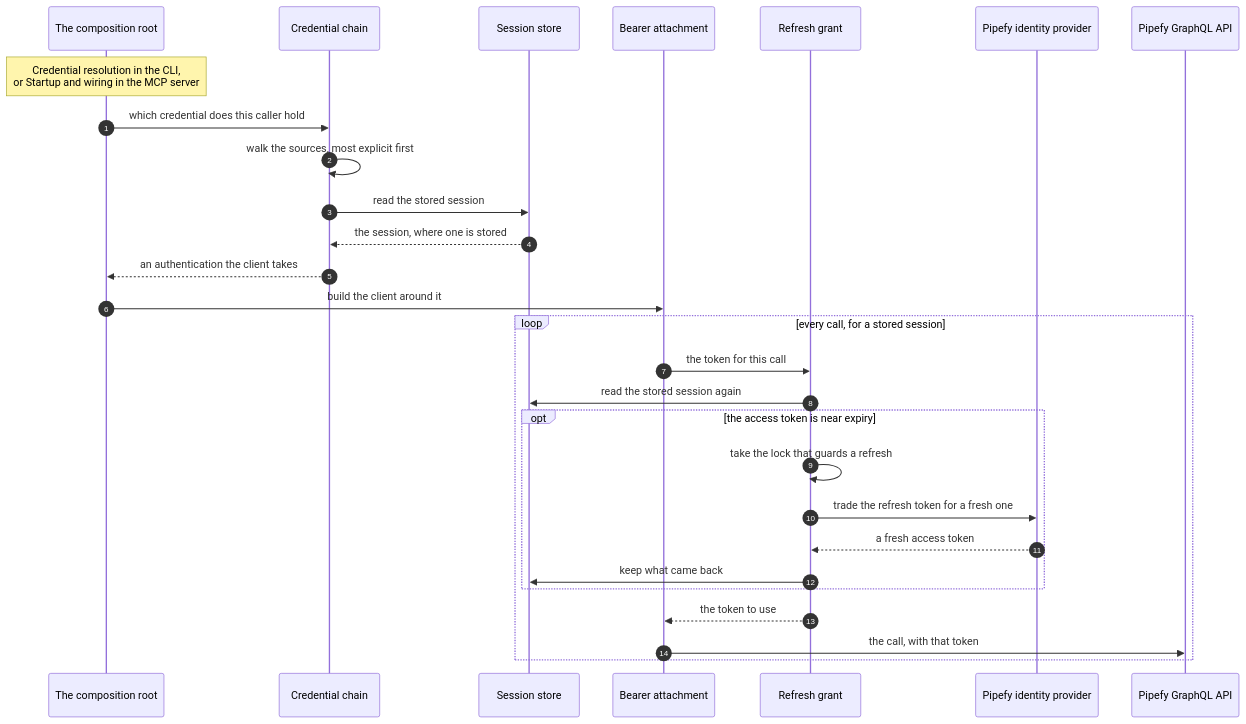
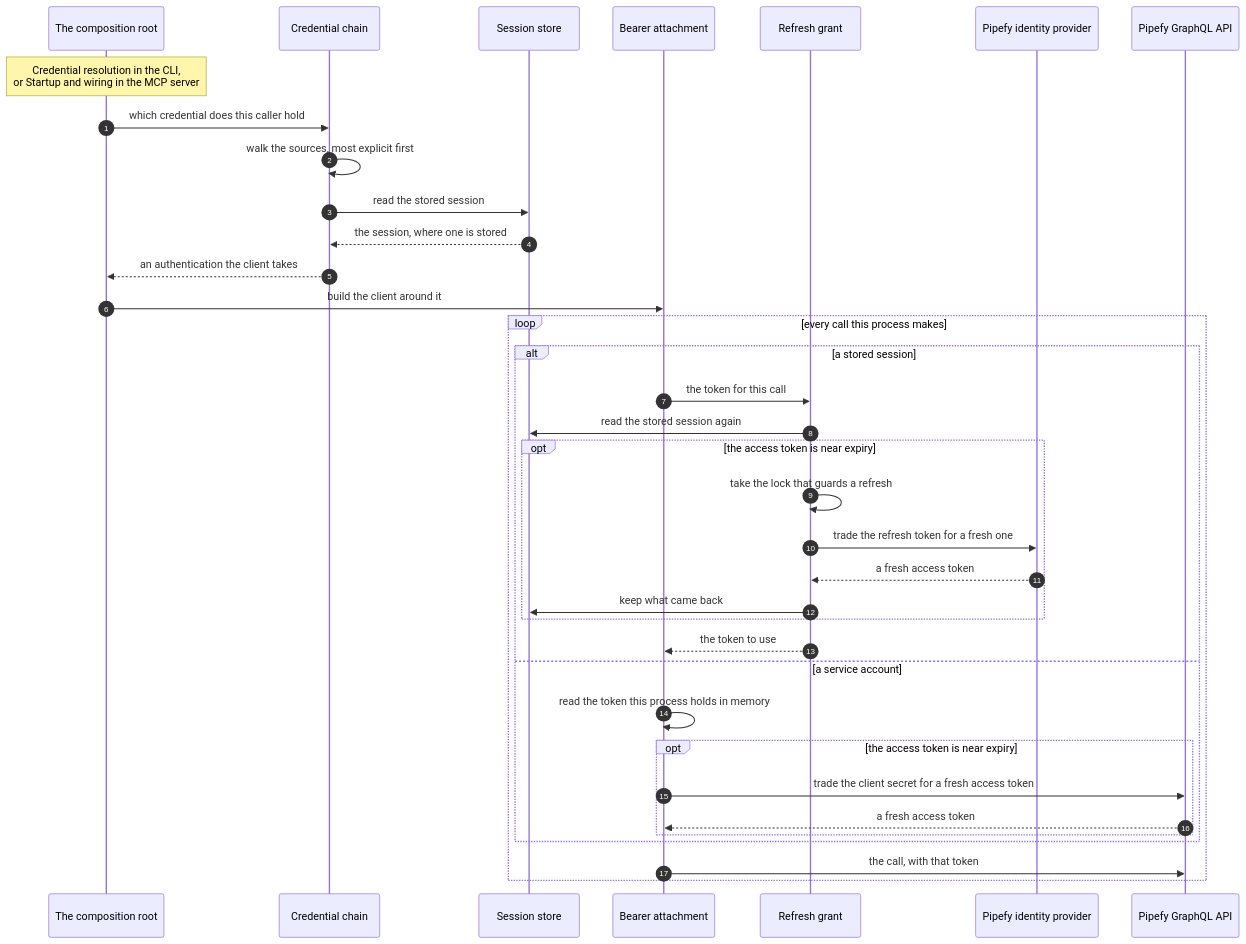
The eighth of 11 diagrams in docs/contributing/architecture.md (pipefy/ai-toolkit), drawn with Mermaid before and after one commit.

Commit message:
docs: draw the service account branch in the resolution loop

````diff
--- a/docs/contributing/architecture.md
+++ b/docs/contributing/architecture.md
@@ -479,31 +479,39 @@
 ```mermaid
 sequenceDiagram
     autonumber
     participant Entry as The composition root
     participant Chain as Credential chain
     participant Store as Session store
     participant Attach as Bearer attachment
     participant Refresh as Refresh grant
     participant Idp as Pipefy identity provider
     participant Api as Pipefy GraphQL API
 
     Note over Entry: Credential resolution in the CLI,<br/>or Startup and wiring in the MCP server
     Entry->>Chain: which credential does this caller hold
     Chain->>Chain: walk the sources, most explicit first
     Chain->>Store: read the stored session
     Store-->>Chain: the session, where one is stored
     Chain-->>Entry: an authentication the client takes
     Entry->>Attach: build the client around it
-    loop every call, for a stored session
-        Attach->>Refresh: the token for this call
-        Refresh->>Store: read the stored session again
-        opt the access token is near expiry
-            Refresh->>Refresh: take the lock that guards a refresh
-            Refresh->>Idp: trade the refresh token for a fresh one
-            Idp-->>Refresh: a fresh access token
-            Refresh->>Store: keep what came back
+    loop every call this process makes
+        alt a stored session
+            Attach->>Refresh: the token for this call
+            Refresh->>Store: read the stored session again
+            opt the access token is near expiry
+                Refresh->>Refresh: take the lock that guards a refresh
+                Refresh->>Idp: trade the refresh token for a fresh one
+                Idp-->>Refresh: a fresh access token
+                Refresh->>Store: keep what came back
+            end
+            Refresh-->>Attach: the token to use
+        else a service account
+            Attach->>Attach: read the token this process holds in memory
+            opt the access token is near expiry
+                Attach->>Api: trade the client secret for a fresh access token
+                Api-->>Attach: a fresh access token
+            end
         end
-        Refresh-->>Attach: the token to use
         Attach->>Api: the call, with that token
     end
 ```
````
